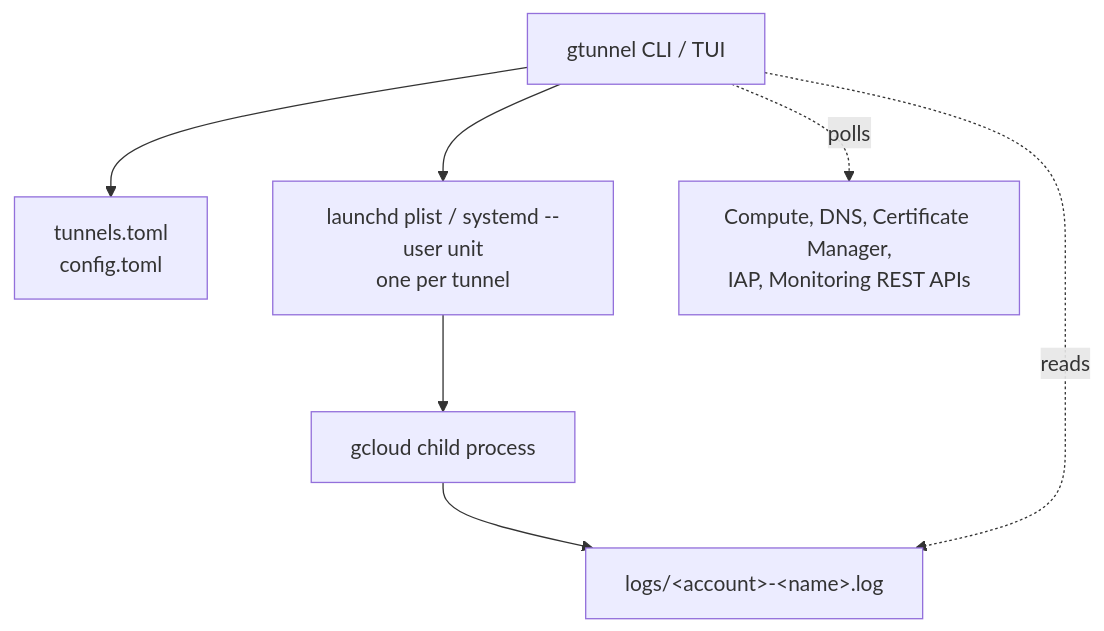
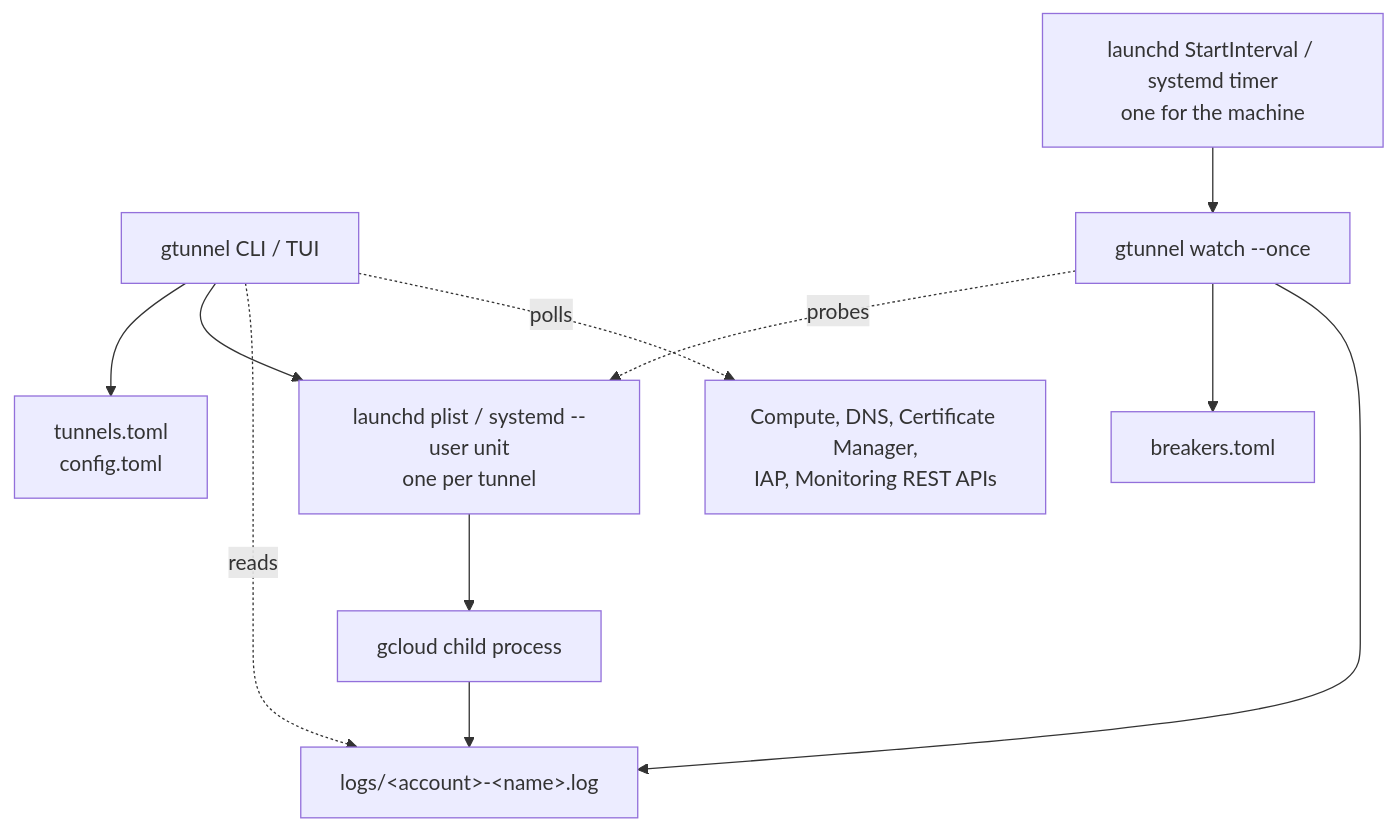
One commit to gcheliz/gtunnel changed the second of 4 diagrams in docs/architecture.md. Above: the diagram before and after it, drawn with Mermaid. The commit also changed other lines of this file and 13 other files, not shown here.

````diff
--- a/docs/architecture.md
+++ b/docs/architecture.md
@@ -144,9 +144,13 @@
 ```mermaid
 flowchart TB
   cli["gtunnel CLI / TUI"] --> state["tunnels.toml<br/>config.toml"]
   cli --> svc["launchd plist / systemd --user unit<br/>one per tunnel"]
   svc --> proc["gcloud child process"]
   proc --> log["logs/&lt;account&gt;-&lt;name&gt;.log"]
   cli -.reads.-> log
   cli -.polls.-> api["Compute, DNS, Certificate Manager,<br/>IAP, Monitoring REST APIs"]
+  wd["launchd StartInterval / systemd timer<br/>one for the machine"] --> once["gtunnel watch --once"]
+  once -.probes.-> svc
+  once --> brk["breakers.toml"]
+  once --> log
 ```
````
